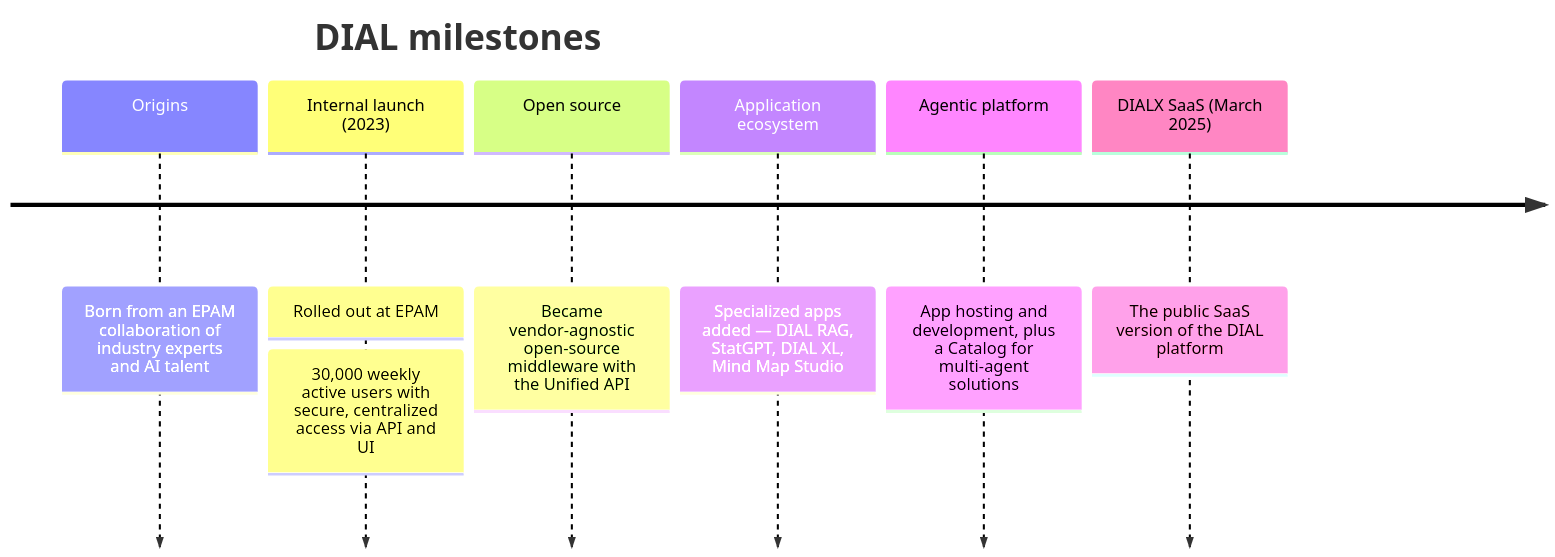
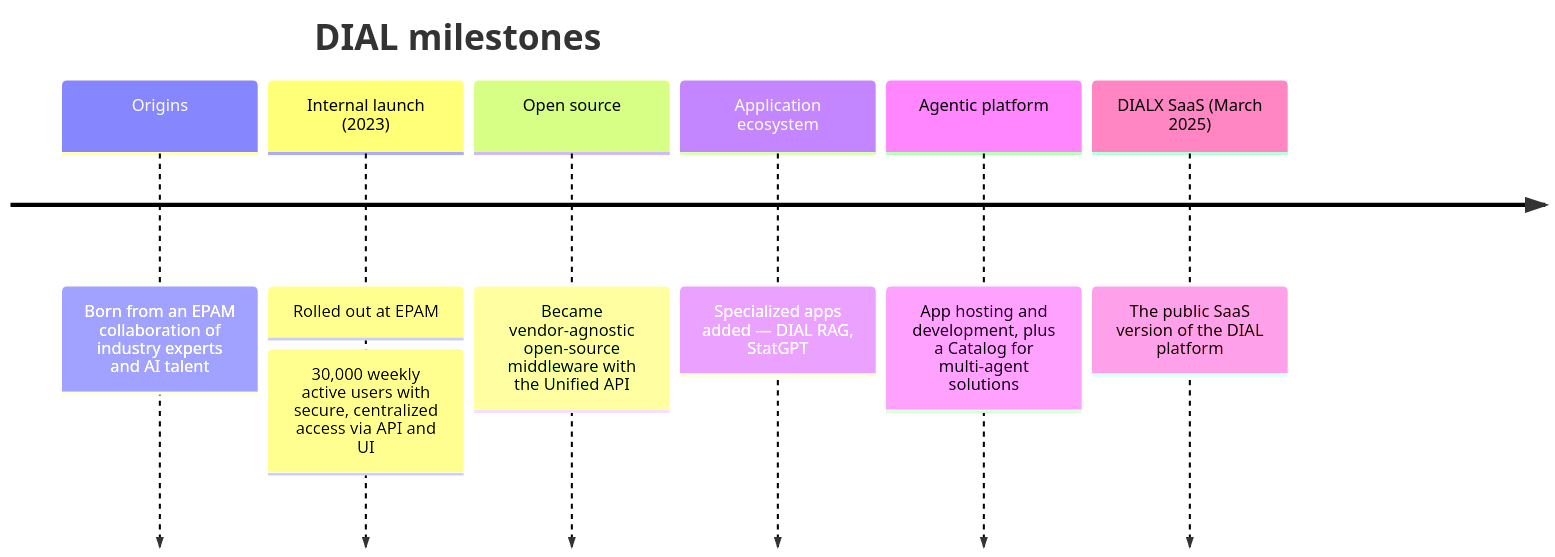
One commit to epam/ai-dial changed the diagram in docs_v2/2.understand-dial/5.foundations/2.dial-evolution.md. Above: the diagram before and after it, drawn with Mermaid. The commit also changed other lines of this file and 4 other files, not shown here.

First line of the commit message:
docs: remove Mind Map Studio and DIAL XL from v2 docs

````diff
--- a/docs_v2/2.understand-dial/5.foundations/2.dial-evolution.md
+++ b/docs_v2/2.understand-dial/5.foundations/2.dial-evolution.md
@@ -22,10 +22,10 @@
 ```mermaid
 timeline
     title DIAL milestones
     Origins : Born from an EPAM collaboration of industry experts and AI talent
     Internal launch (2023) : Rolled out at EPAM : 30,000 weekly active users with secure, centralized access via API and UI
     Open source : Became vendor-agnostic open-source middleware with the Unified API
-    Application ecosystem : Specialized apps added — DIAL RAG, StatGPT, DIAL XL, Mind Map Studio
+    Application ecosystem : Specialized apps added — DIAL RAG, StatGPT
     Agentic platform : App hosting and development, plus a Catalog for multi-agent solutions
     DIALX SaaS (March 2025) : The public SaaS version of the DIAL platform
 ```
````
